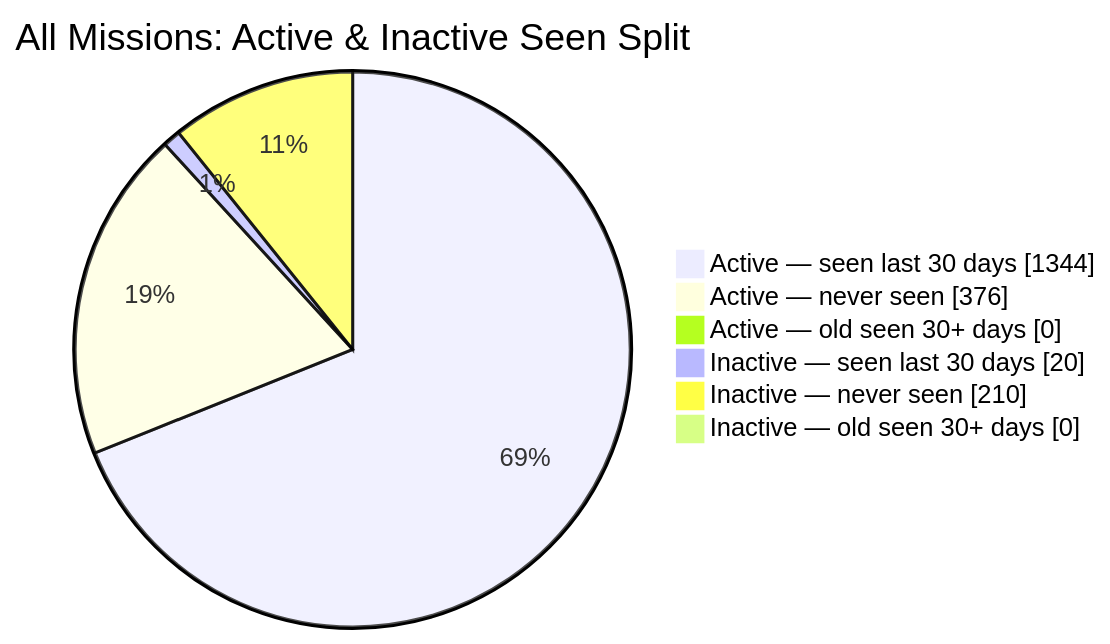
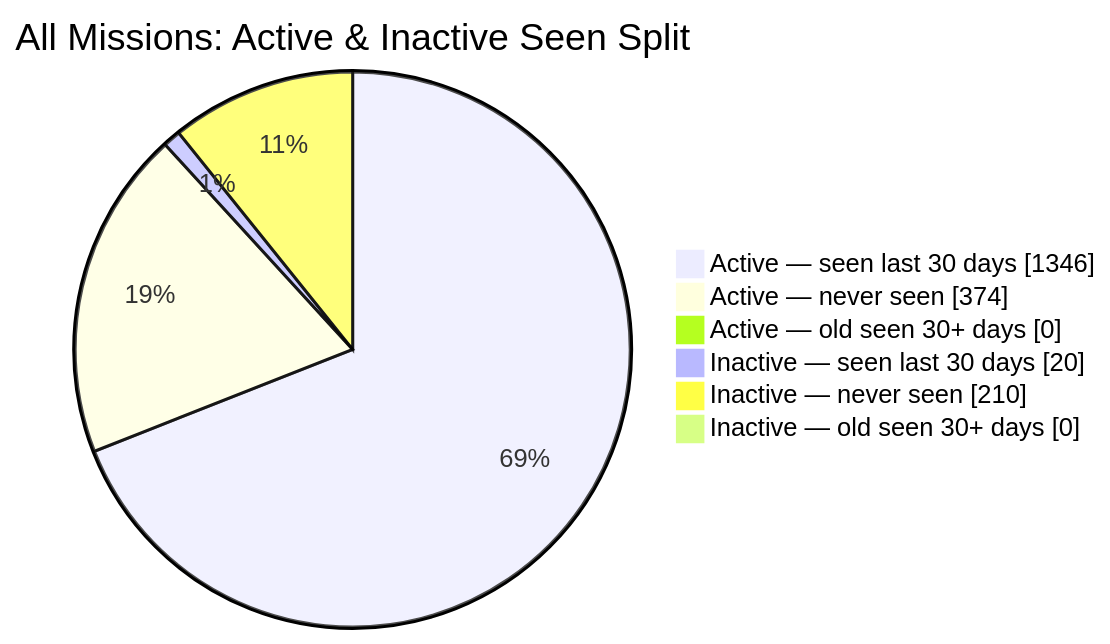
One commit to MeldkamerspelGameTeam/active-missions changed the second of 2 diagrams in README.md. Above: the diagram before and after it, drawn with Mermaid. The commit also changed other lines of this file and 2 other files, not shown here.

````diff
--- a/README.md
+++ b/README.md
@@ -44,10 +44,10 @@
 ```mermaid
 pie showData
     title All Missions: Active & Inactive Seen Split
-    "Active — seen last 30 days" : 1344
-    "Active — never seen" : 376
+    "Active — seen last 30 days" : 1346
+    "Active — never seen" : 374
     "Active — old seen 30+ days" : 0
     "Inactive — seen last 30 days" : 20
     "Inactive — never seen" : 210
     "Inactive — old seen 30+ days" : 0
 ```
````
